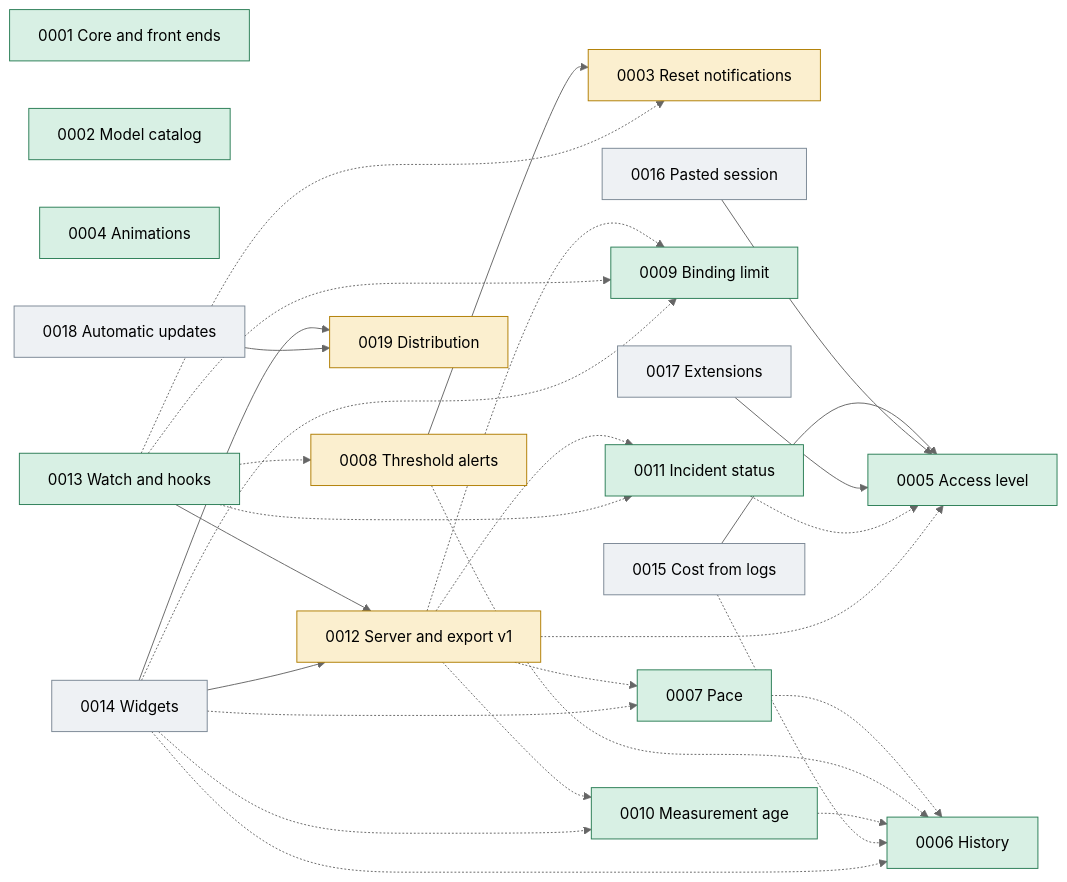
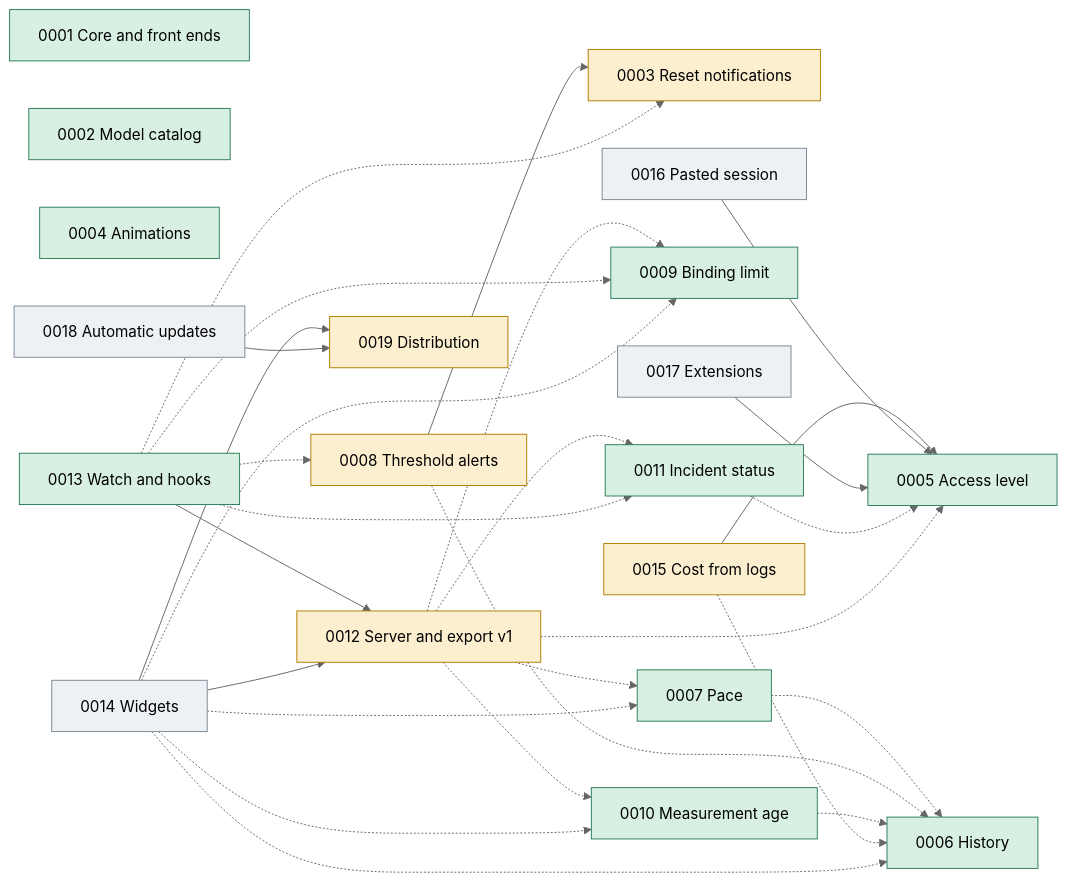
One commit to jmarcon/cuotai changed the diagram in docs/plans/0000_control.md. Above: the diagram before and after it, drawn with Mermaid (neutral theme). The commit also changed other lines of this file and 35 other files, not shown here.

````diff
--- a/docs/plans/0000_control.md
+++ b/docs/plans/0000_control.md
@@ -109,54 +110,54 @@
 ```mermaid
 graph LR
   classDef done fill:#d8f0e4,stroke:#2a7d55
   classDef wip fill:#fbefcf,stroke:#b07d00
   classDef todo fill:#eef1f4,stroke:#7a8794
 
   P1["0001 Core and front ends"]:::done
   P2["0002 Model catalog"]:::done
   P3["0003 Reset notifications"]:::wip
   P4["0004 Animations"]:::done
   P5["0005 Access level"]:::done
   P6["0006 History"]:::done
   P7["0007 Pace"]:::done
   P8["0008 Threshold alerts"]:::wip
   P9["0009 Binding limit"]:::done
   P10["0010 Measurement age"]:::done
   P11["0011 Incident status"]:::done
   P12["0012 Server and export v1"]:::wip
   P13["0013 Watch and hooks"]:::done
   P14["0014 Widgets"]:::todo
-  P15["0015 Cost from logs"]:::todo
+  P15["0015 Cost from logs"]:::wip
   P16["0016 Pasted session"]:::todo
   P17["0017 Extensions"]:::todo
   P18["0018 Automatic updates"]:::todo
   P19["0019 Distribution"]:::wip
 
   P8 --> P3
   P13 --> P12
   P14 --> P12
   P14 --> P19
   P15 --> P5
   P16 --> P5
   P17 --> P5
   P18 --> P19
 
   P7 -.-> P6
   P8 -.-> P6
   P10 -.-> P6
   P11 -.-> P5
   P15 -.-> P6
   P12 -.-> P5
   P12 -.-> P7
   P12 -.-> P9
   P12 -.-> P10
   P12 -.-> P11
   P13 -.-> P3
   P13 -.-> P8
   P13 -.-> P9
   P13 -.-> P11
   P14 -.-> P6
   P14 -.-> P7
   P14 -.-> P9
   P14 -.-> P10
 ```
````
